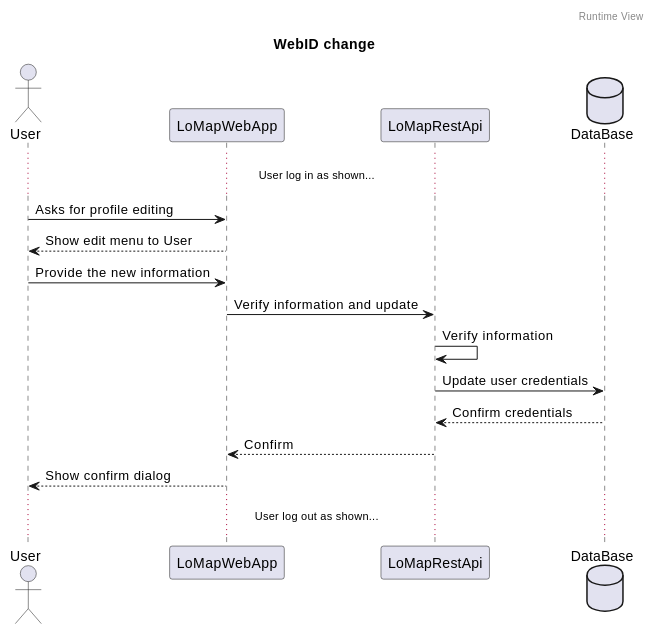
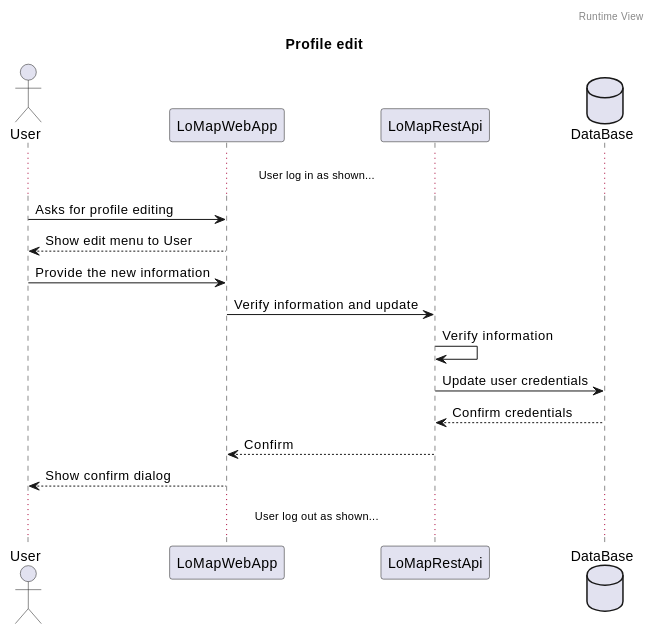
One commit to Arquisoft/lomap_es2c changed the seventh of 8 diagrams in docs/06_runtime_view.adoc. Above: the diagram before and after it, drawn with PlantUML. The commit also changed other lines of this file, not shown here.

```diff
--- a/docs/06_runtime_view.adoc
+++ b/docs/06_runtime_view.adoc
@@ -205,28 +205,28 @@
 [plantuml,"Sequence diagram",png]
 ----
 header Runtime View
-title WebID change
+title Profile edit
 Actor User
 Participant LoMapWebApp
 Participant LoMapRestApi
 Database DataBase as "DataBase" 
 
 ...User log in as shown......
 
 User -> LoMapWebApp: Asks for profile editing
 User <-- LoMapWebApp: Show edit menu to User
 User -> LoMapWebApp: Provide the new information
 
 LoMapWebApp-> LoMapRestApi: Verify information and update
 LoMapRestApi-> LoMapRestApi: Verify information
 LoMapRestApi-> DataBase: Update user credentials
 LoMapRestApi<-- DataBase: Confirm credentials
 
 
 LoMapWebApp<-- LoMapRestApi: Confirm
 
 
 LoMapWebApp--> User: Show confirm dialog
 
 ...User log out as shown......
 ----
```
